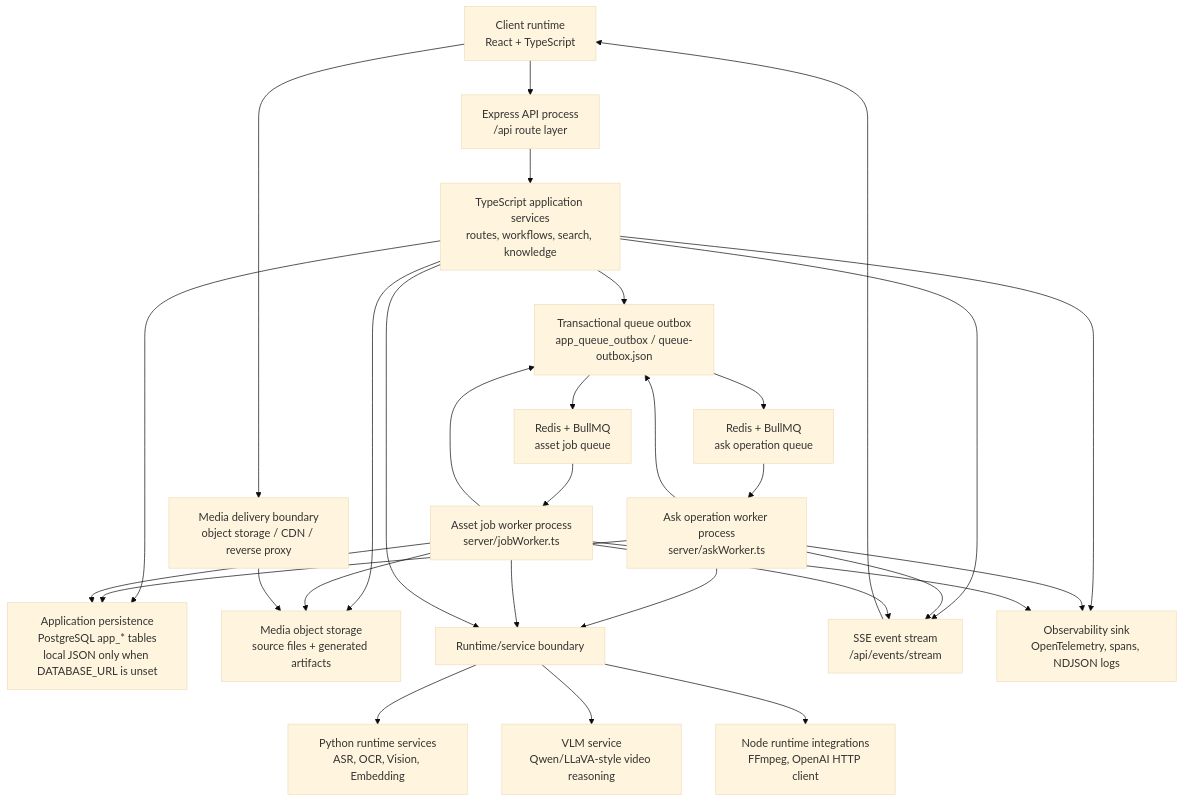
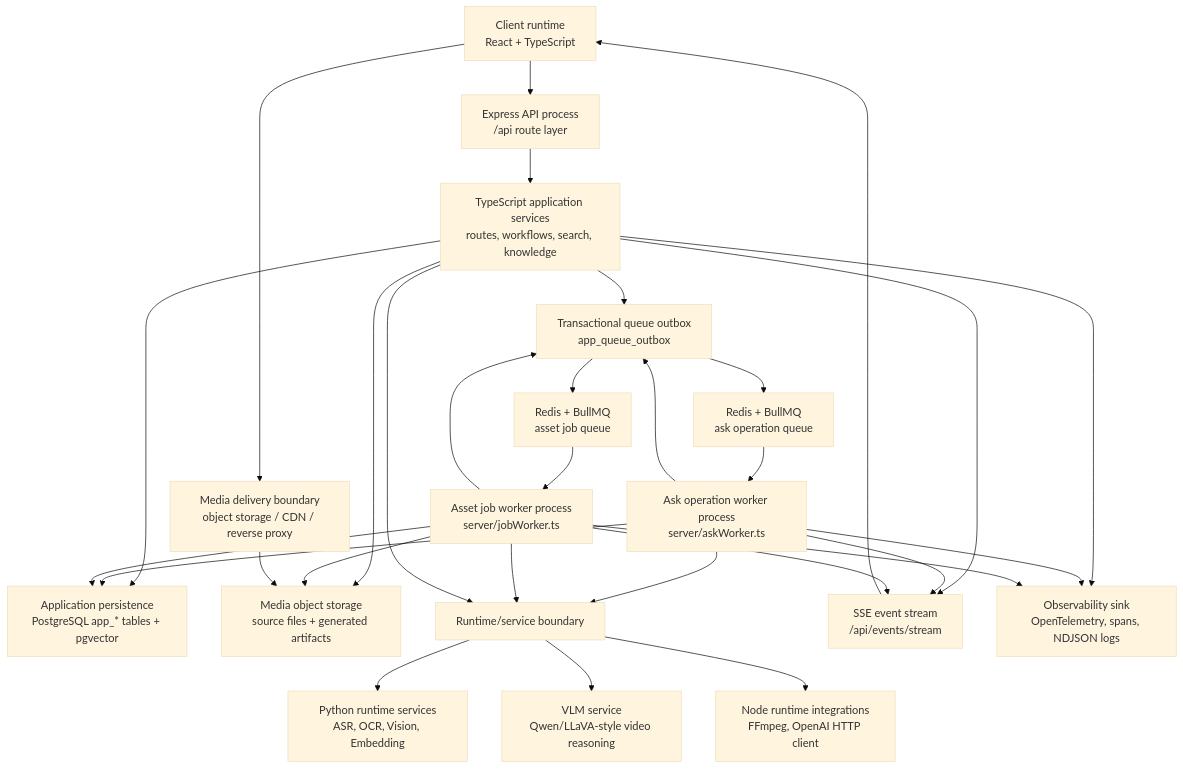
The first of 6 diagrams in docs/architecture.md (iziz/Arion), drawn with Mermaid (base theme) before and after one commit. The commit also changed other lines of this file and 40 other files, not shown here.

````diff
--- a/docs/architecture.md
+++ b/docs/architecture.md
@@ -46,40 +46,40 @@
 ```mermaid
 flowchart TB
   Client["Client runtime\nReact + TypeScript"] --> Api["Express API process\n/api route layer"]
   Client --> MediaDelivery["Media delivery boundary\nobject storage / CDN / reverse proxy"]
 
   Api --> Services["TypeScript application services\nroutes, workflows, search, knowledge"]
-  Services --> AppState["Application persistence\nPostgreSQL app_* tables\nlocal JSON only when DATABASE_URL is unset"]
-  Services --> QueueOutbox["Transactional queue outbox\napp_queue_outbox / queue-outbox.json"]
+  Services --> AppState["Application persistence\nPostgreSQL app_* tables + pgvector"]
+  Services --> QueueOutbox["Transactional queue outbox\napp_queue_outbox"]
   QueueOutbox --> AskQueue["Redis + BullMQ\nask operation queue"]
   QueueOutbox --> AssetQueue["Redis + BullMQ\nasset job queue"]
 
   AskQueue --> AskWorker["Ask operation worker process\nserver/askWorker.ts"]
   AssetQueue --> AssetWorker["Asset job worker process\nserver/jobWorker.ts"]
 
   AskWorker --> AppState
   AssetWorker --> AppState
   AskWorker --> QueueOutbox
   AssetWorker --> QueueOutbox
 
   Services --> MediaStore["Media object storage\nsource files + generated artifacts"]
   AssetWorker --> MediaStore
   MediaDelivery --> MediaStore
 
   AskWorker --> RuntimeBoundary["Runtime/service boundary"]
   AssetWorker --> RuntimeBoundary
   Services --> RuntimeBoundary
 
   RuntimeBoundary --> PythonServices["Python runtime services\nASR, OCR, Vision, Embedding"]
   RuntimeBoundary --> VlmService["VLM service\nQwen/LLaVA-style video reasoning"]
   RuntimeBoundary --> NodeIntegrations["Node runtime integrations\nFFmpeg, OpenAI HTTP client"]
 
   Services --> Realtime["SSE event stream\n/api/events/stream"]
   AskWorker --> Realtime
   AssetWorker --> Realtime
   Realtime --> Client
 
   Services --> Observability["Observability sink\nOpenTelemetry, spans, NDJSON logs"]
   AskWorker --> Observability
   AssetWorker --> Observability
 ```
````
